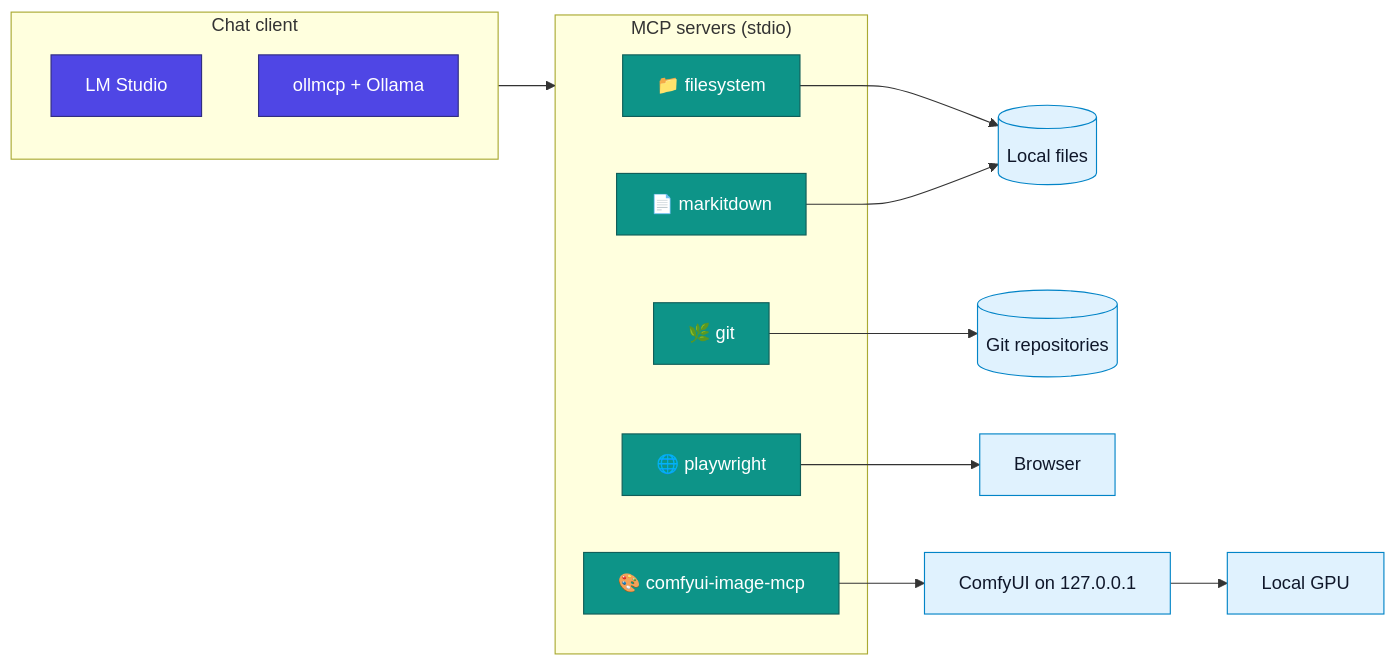
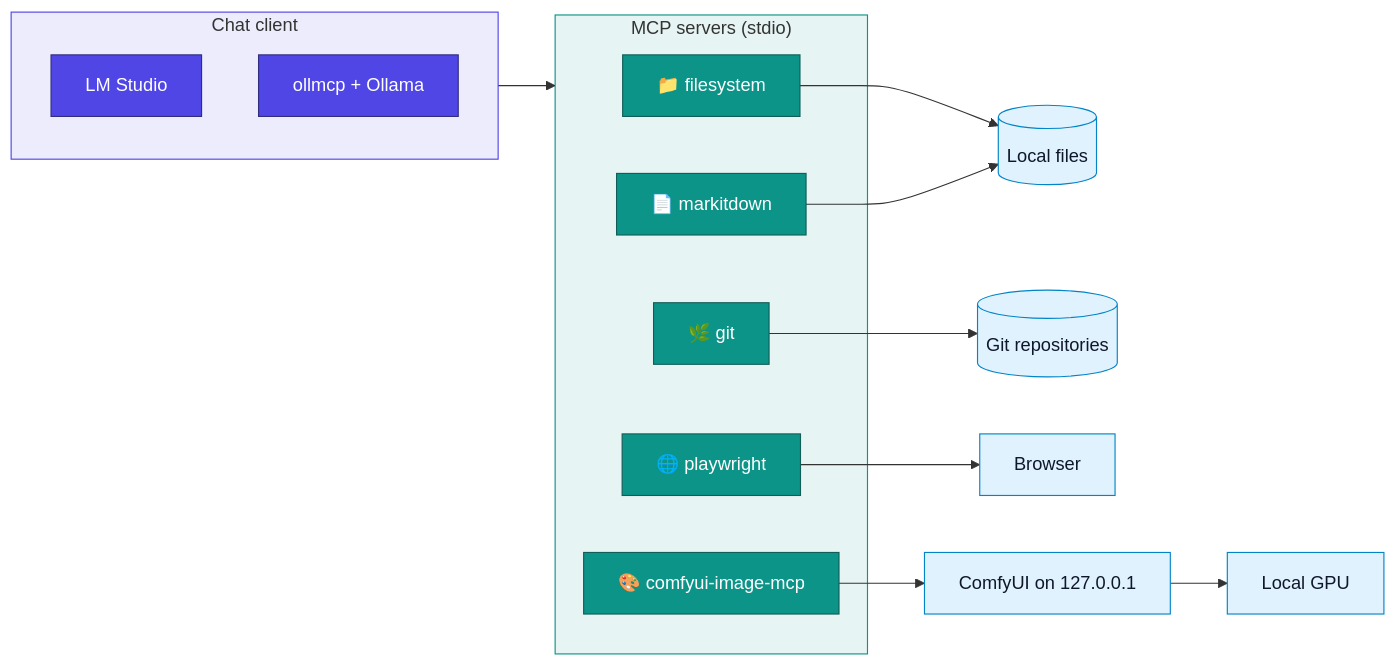
One commit to harry-symeonidis/mcp changed the diagram in README.md. Above: the diagram before and after it, drawn with Mermaid.

Commit message:
Tint the diagram's client and server groups
The groups now use translucent tints from the banner instead of Mermaid's
default yellow, so they read well in light and dark themes.

````diff
--- a/README.md
+++ b/README.md
@@ -34,27 +34,29 @@
 ```mermaid
 flowchart LR
     subgraph clients["Chat client"]
         lms["LM Studio"]
         oll["ollmcp + Ollama"]
     end
     subgraph servers["MCP servers (stdio)"]
         fs["📁 filesystem"]
         md["📄 markitdown"]
         git["🌿 git"]
         pw["🌐 playwright"]
         img["🎨 comfyui-image-mcp"]
     end
     clients --> servers
     fs --> files[("Local files")]
     md --> files
     git --> repos[("Git repositories")]
     pw --> browser["Browser"]
     img --> comfy["ComfyUI on 127.0.0.1"] --> gpu["Local GPU"]
 
     classDef client fill:#4f46e5,stroke:#312e81,color:#fff
     classDef server fill:#0d9488,stroke:#115e59,color:#fff
     classDef local fill:#e0f2fe,stroke:#0284c7,color:#0f172a
     class lms,oll client
     class fs,md,git,pw,img server
     class files,repos,browser,comfy,gpu local
+    style clients fill:#4f46e51a,stroke:#4f46e5
+    style servers fill:#0d94881a,stroke:#0d9488
 ```
````
